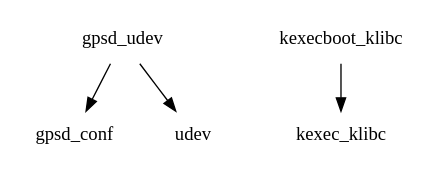
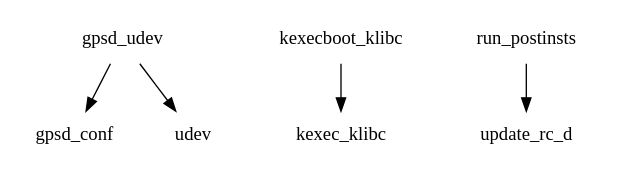
The diagram in images/spitz/eglibc/initramfs-kexecboot-klibc-image/depends-nokernel-nolibc.dot (shr-distribution/buildhistory-old), drawn with Graphviz before and after one commit. The commit also changed 15 other files, not shown here.

```diff
--- a/images/spitz/eglibc/initramfs-kexecboot-klibc-image/depends-nokernel-nolibc.dot
+++ b/images/spitz/eglibc/initramfs-kexecboot-klibc-image/depends-nokernel-nolibc.dot
@@ -1,6 +1,7 @@
 digraph depends {
     node [shape=plaintext]
 gpsd_udev -> gpsd_conf;
 gpsd_udev -> udev;
 kexecboot_klibc -> kexec_klibc;
+run_postinsts -> update_rc_d;
 }
```
